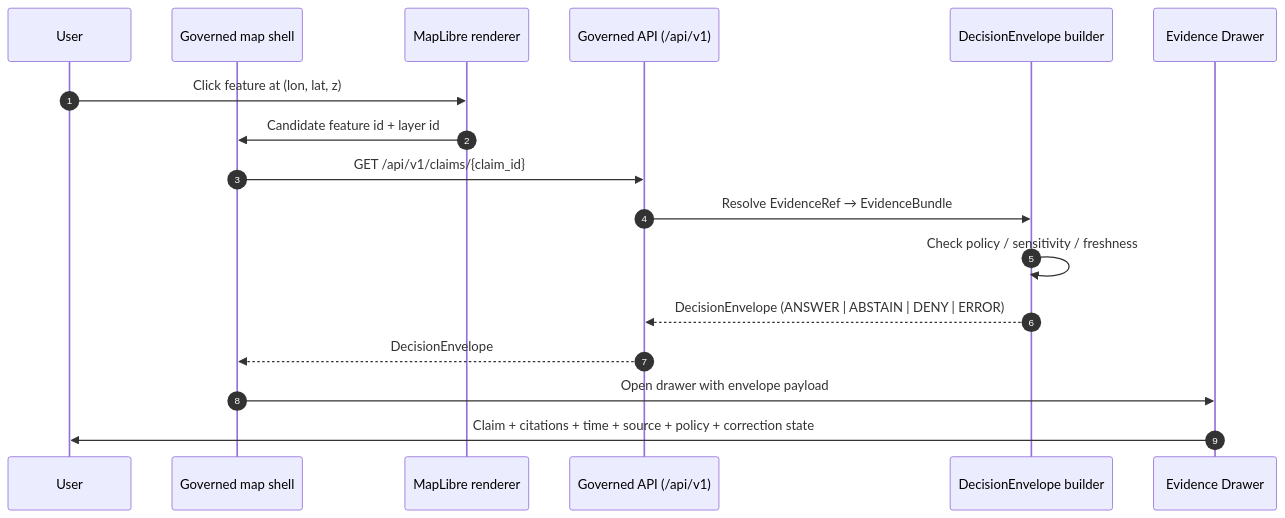
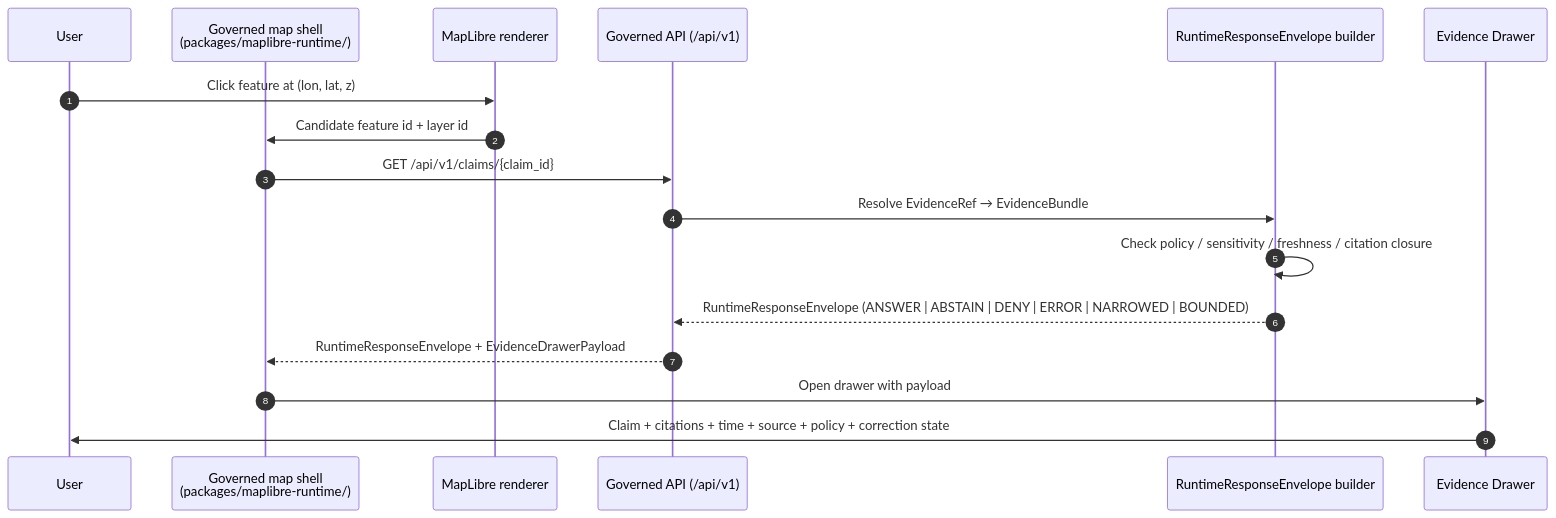
Before and after one commit to bartytime4life/Kansas-Frontier-Matrix: the third of 4 diagrams in docs/doctrine/map-first.md, drawn with Mermaid. The commit also changed other lines of this file, not shown here.

````diff
--- a/docs/doctrine/map-first.md
+++ b/docs/doctrine/map-first.md
@@ -230,20 +273,20 @@
 ```mermaid
 sequenceDiagram
     autonumber
     participant U as User
-    participant S as Governed map shell
+    participant S as Governed map shell<br/>(packages/maplibre-runtime/)
     participant R as MapLibre renderer
     participant A as Governed API (/api/v1)
-    participant E as DecisionEnvelope builder
+    participant E as RuntimeResponseEnvelope builder
     participant D as Evidence Drawer
 
     U->>R: Click feature at (lon, lat, z)
     R->>S: Candidate feature id + layer id
     S->>A: GET /api/v1/claims/{claim_id}
     A->>E: Resolve EvidenceRef → EvidenceBundle
-    E->>E: Check policy / sensitivity / freshness
-    E-->>A: DecisionEnvelope (ANSWER | ABSTAIN | DENY | ERROR)
-    A-->>S: DecisionEnvelope
-    S->>D: Open drawer with envelope payload
+    E->>E: Check policy / sensitivity / freshness / citation closure
+    E-->>A: RuntimeResponseEnvelope (ANSWER | ABSTAIN | DENY | ERROR | NARROWED | BOUNDED)
+    A-->>S: RuntimeResponseEnvelope + EvidenceDrawerPayload
+    S->>D: Open drawer with payload
     D->>U: Claim + citations + time + source + policy + correction state
 ```
````
